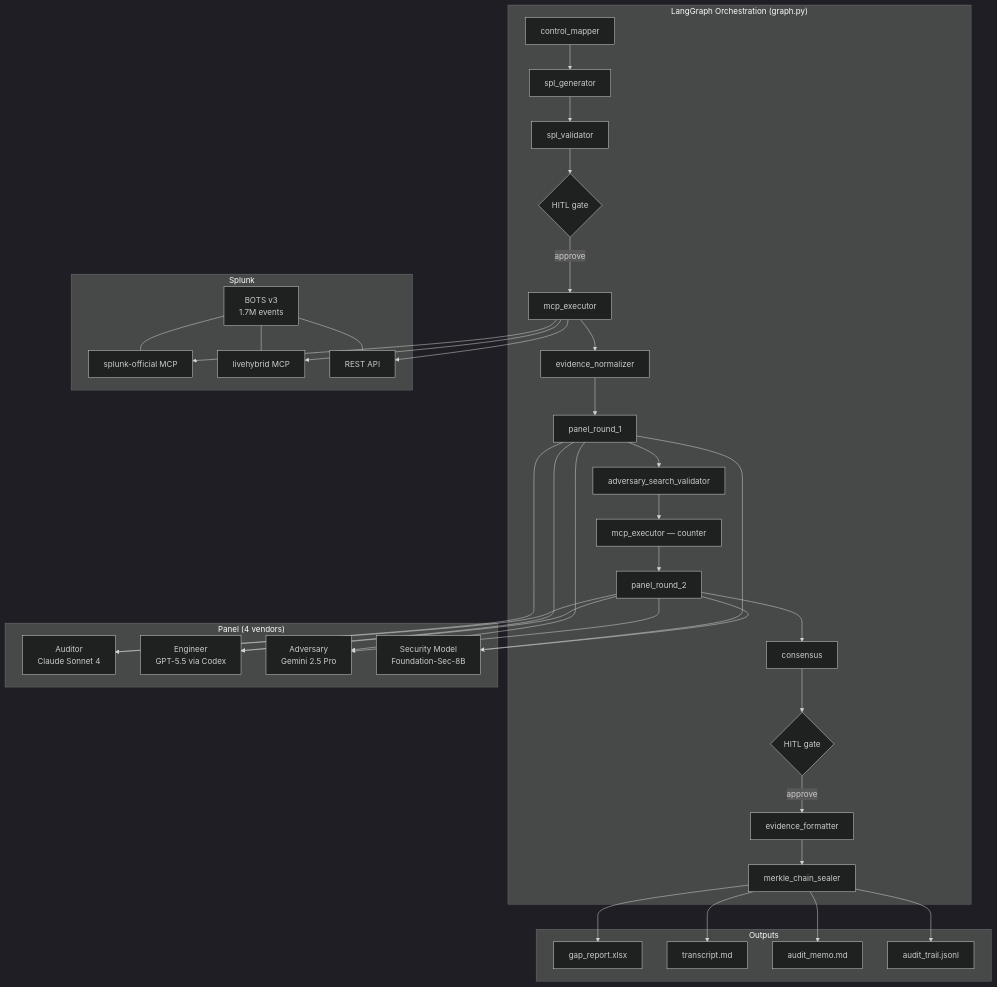
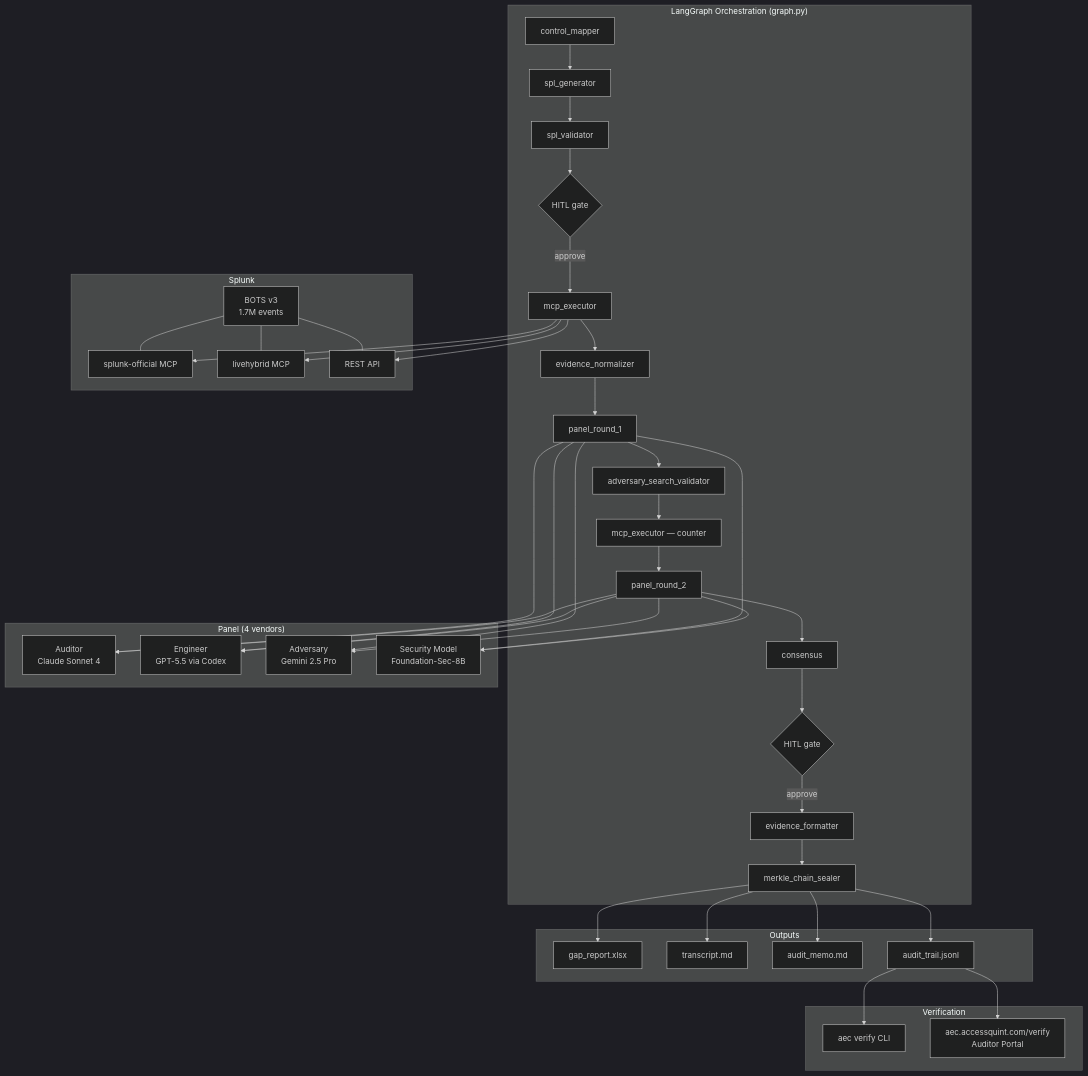
Before and after one commit to sandhipveera/audit-evidence-compiler: the diagram in README.md, drawn with Mermaid (dark theme). The commit also changed other lines of this file and 3 other files, not shown here.

````diff
--- a/README.md
+++ b/README.md
@@ -165,44 +165,50 @@
 ```mermaid
 graph TD
     subgraph "LangGraph Orchestration (graph.py)"
       N1[control_mapper] --> N2[spl_generator]
       N2 --> N3[spl_validator]
       N3 --> N4{HITL gate}
       N4 -->|approve| N5[mcp_executor]
       N5 --> N6[evidence_normalizer]
       N6 --> N7[panel_round_1]
       N7 --> N8[adversary_search_validator]
       N8 --> N9[mcp_executor — counter]
       N9 --> N10[panel_round_2]
       N10 --> N11[consensus]
       N11 --> N12{HITL gate}
       N12 -->|approve| N13[evidence_formatter]
       N13 --> N14[merkle_chain_sealer]
     end
 
     subgraph "Splunk"
       S1[BOTS v3<br/>1.7M events]
       S2[splunk-official MCP]
       S3[livehybrid MCP]
       S4[REST API]
     end
 
     subgraph "Panel (4 vendors)"
       P1[Auditor<br/>Claude Sonnet 4]
       P2[Engineer<br/>GPT-5.5 via Codex]
       P3[Adversary<br/>Gemini 2.5 Pro]
       P4[Security Model<br/>Foundation-Sec-8B]
     end
 
     subgraph "Outputs"
       O1[gap_report.xlsx]
       O2[transcript.md]
       O3[audit_memo.md]
       O4[audit_trail.jsonl]
     end
 
+    subgraph "Verification"
+      V1[aec verify CLI]
+      V2[aec.accessquint.com/verify<br/>Auditor Portal]
+    end
+
     N5 --> S2 & S3 & S4
     S1 --- S2 & S3 & S4
     N7 & N10 --> P1 & P2 & P3 & P4
     N14 --> O1 & O2 & O3 & O4
+    O4 --> V1 & V2
 ```
````
